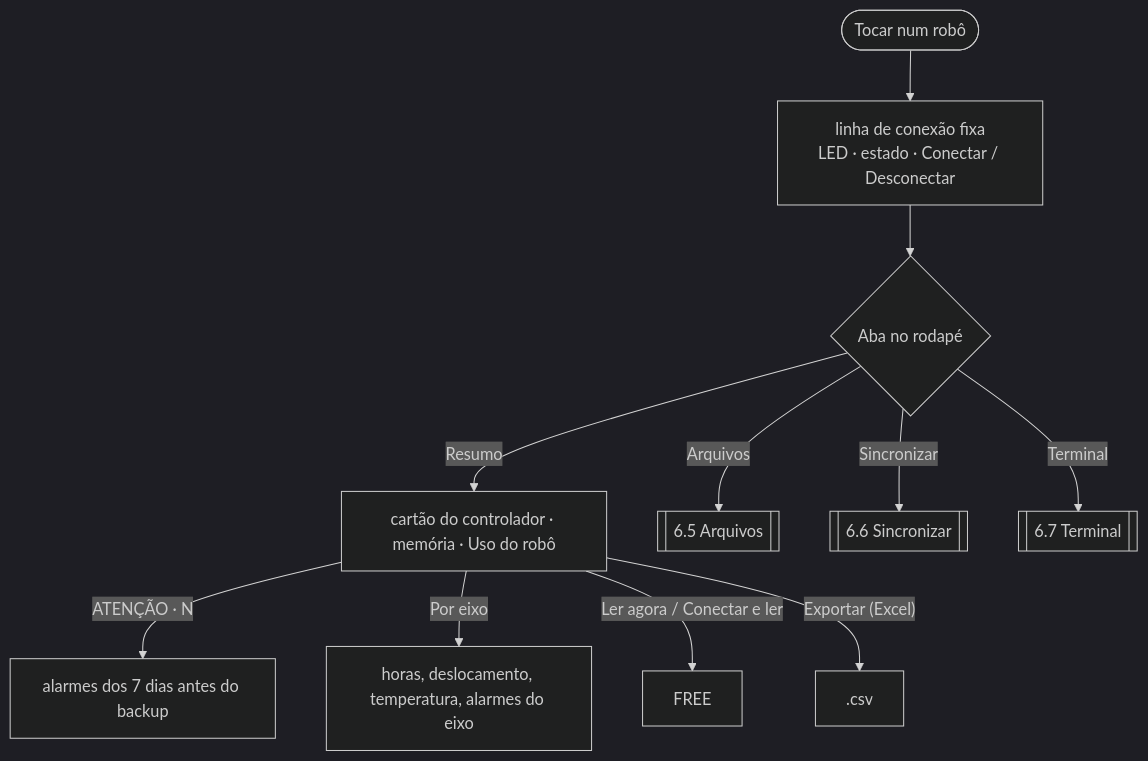
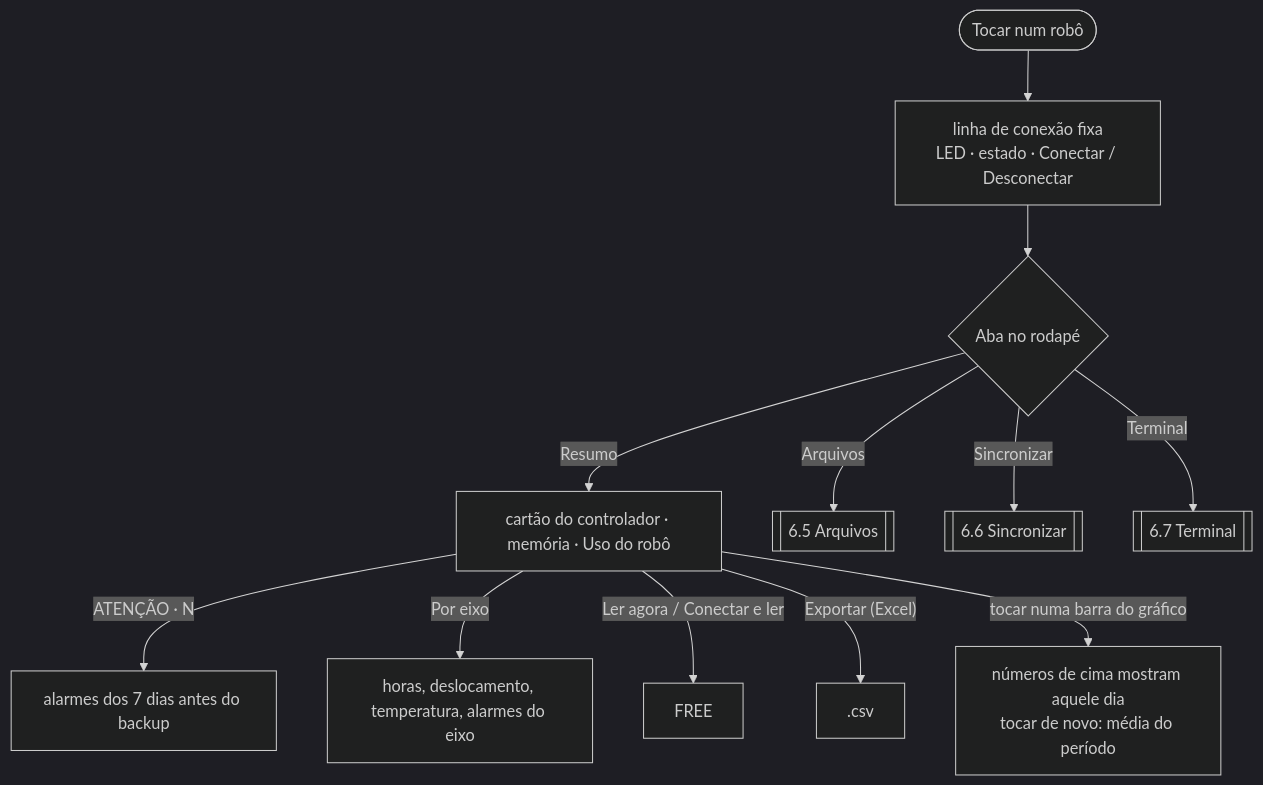
Before and after one commit to sirlucaslopes/MyRobots: the sixth of 9 diagrams in docs/PLANO_MESTRE.md, drawn with Mermaid (dark theme). The commit also changed other lines of this file, not shown here.

First line of the commit message:
Adiciona ao plano o gráfico de uso clicável

````diff
--- a/docs/PLANO_MESTRE.md
+++ b/docs/PLANO_MESTRE.md
@@ -432,13 +436,14 @@
 ```mermaid
 flowchart TD
     A([Tocar num robô]) --> C["linha de conexão fixa<br/>LED · estado · Conectar / Desconectar"]
     C --> TB{Aba no rodapé}
     TB -- "Resumo" --> R["cartão do controlador · memória · Uso do robô"]
     R -- "ATENÇÃO · N" --> AL["alarmes dos 7 dias antes do backup"]
     R -- "Por eixo" --> PE["horas, deslocamento, temperatura, alarmes do eixo"]
     R -- "Ler agora / Conectar e ler" --> FR["FREE"]
     R -- "Exportar (Excel)" --> XL[".csv"]
+    R -- "tocar numa barra do gráfico" --> DY["números de cima mostram aquele dia<br/>tocar de novo: média do período"]
     TB -- "Arquivos" --> AR[[6.5 Arquivos]]
     TB -- "Sincronizar" --> SN[[6.6 Sincronizar]]
     TB -- "Terminal" --> TM[[6.7 Terminal]]
 ```
````
